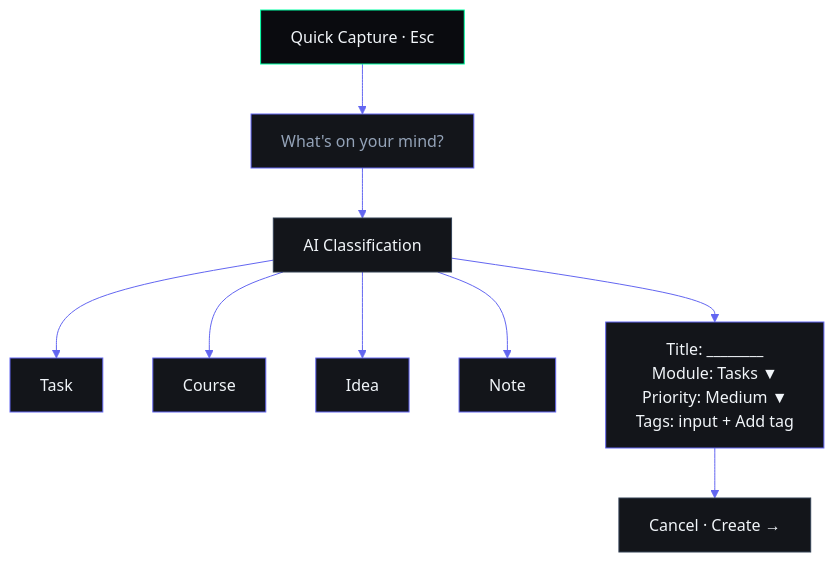
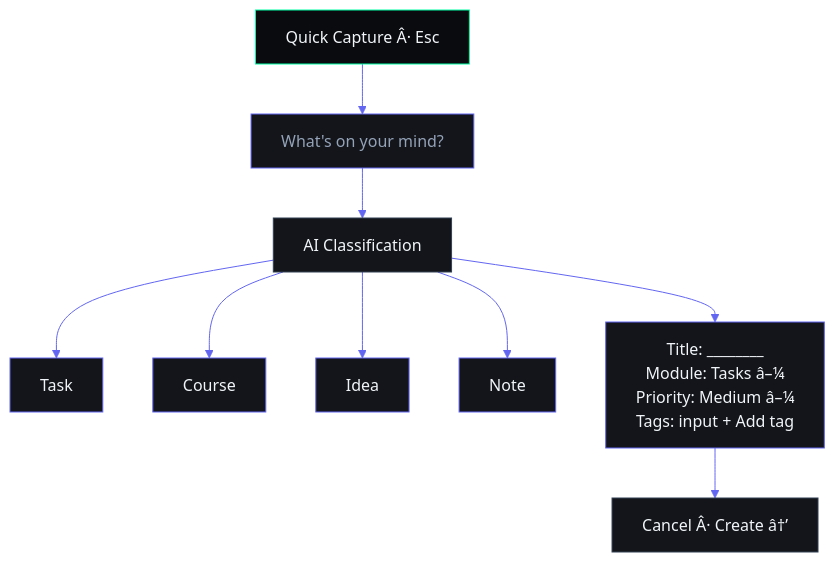
One commit to rohitkumarnaidu/ARIA-OS---SecondBrain- changed the seventh of 35 diagrams in docs/design/InformationArchitecture.md. Above: the diagram before and after it, drawn with Mermaid. The commit also changed other lines of this file and 9 other files, not shown here.

````diff
--- a/docs/design/InformationArchitecture.md
+++ b/docs/design/InformationArchitecture.md
@@ -680,18 +680,18 @@
 ```mermaid
 %%{init: {'theme': 'base', 'themeVariables': {'background': '#0A0B0F', 'primaryColor': '#13151A', 'primaryBorderColor': '#6366F1', 'primaryTextColor': '#F1F5F9', 'lineColor': '#6366F1', 'secondaryColor': '#1A1D24', 'tertiaryColor': '#0A0B0F', 'fontFamily': 'DM Sans'}}}%%
 graph TD
-    Header[Quick Capture · Esc] --> Input[What's on your mind?]
+    Header[Quick Capture Â· Esc] --> Input[What's on your mind?]
     Input --> AI[AI Classification]
     AI --> Task[Task]
     AI --> Course[Course]
     AI --> Idea[Idea]
     AI --> Note[Note]
-    AI --> Form[Title: ________<br/>Module: Tasks ▼<br/>Priority: Medium ▼<br/>Tags: input + Add tag]
-    Form --> Actions[Cancel · Create →]
+    AI --> Form[Title: ________<br/>Module: Tasks â–¼<br/>Priority: Medium â–¼<br/>Tags: input + Add tag]
+    Form --> Actions[Cancel Â· Create â†’]
 
     style Header fill:#0A0B0F,stroke:#00FFA3,color:#F1F5F9
     style Input fill:#13151A,stroke:#6366F1,color:#94A3B8
     style AI fill:#13151A,stroke:#334155,color:#F1F5F9
     style Form fill:#13151A,stroke:#6366F1,color:#F1F5F9
     style Actions fill:#13151A,stroke:#334155,color:#F1F5F9
 ```
````
